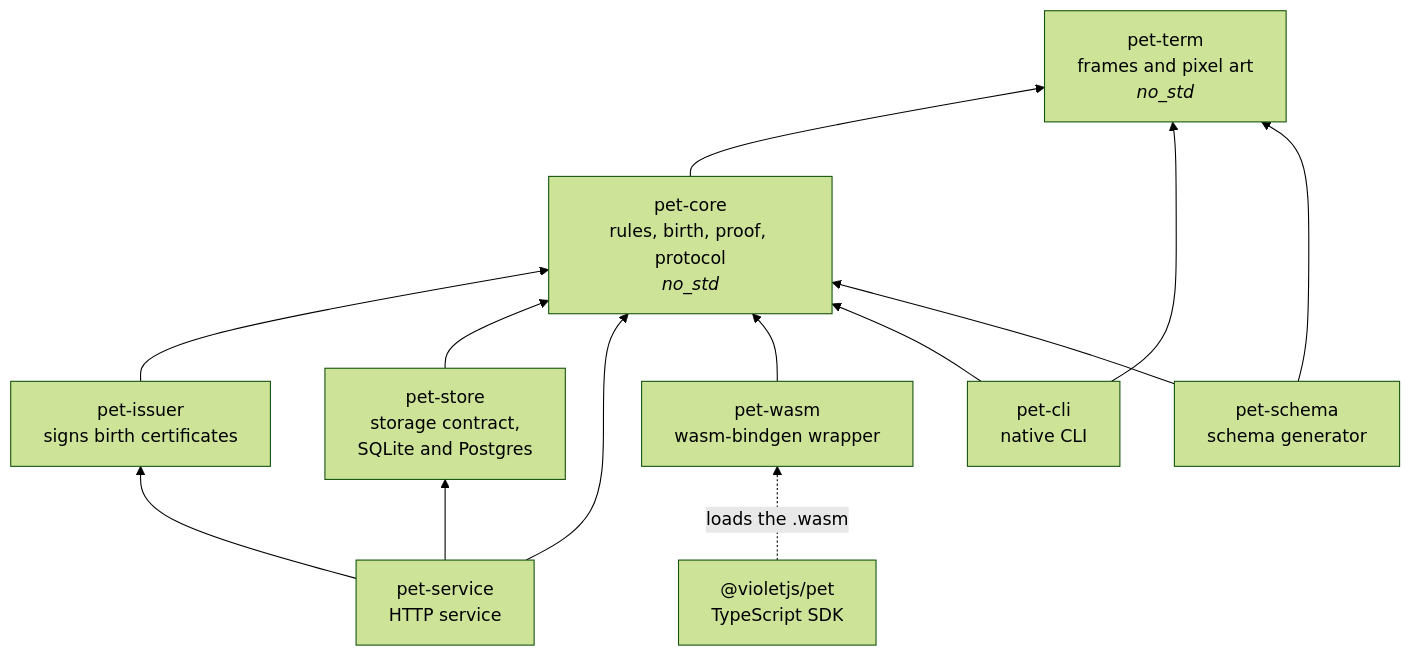
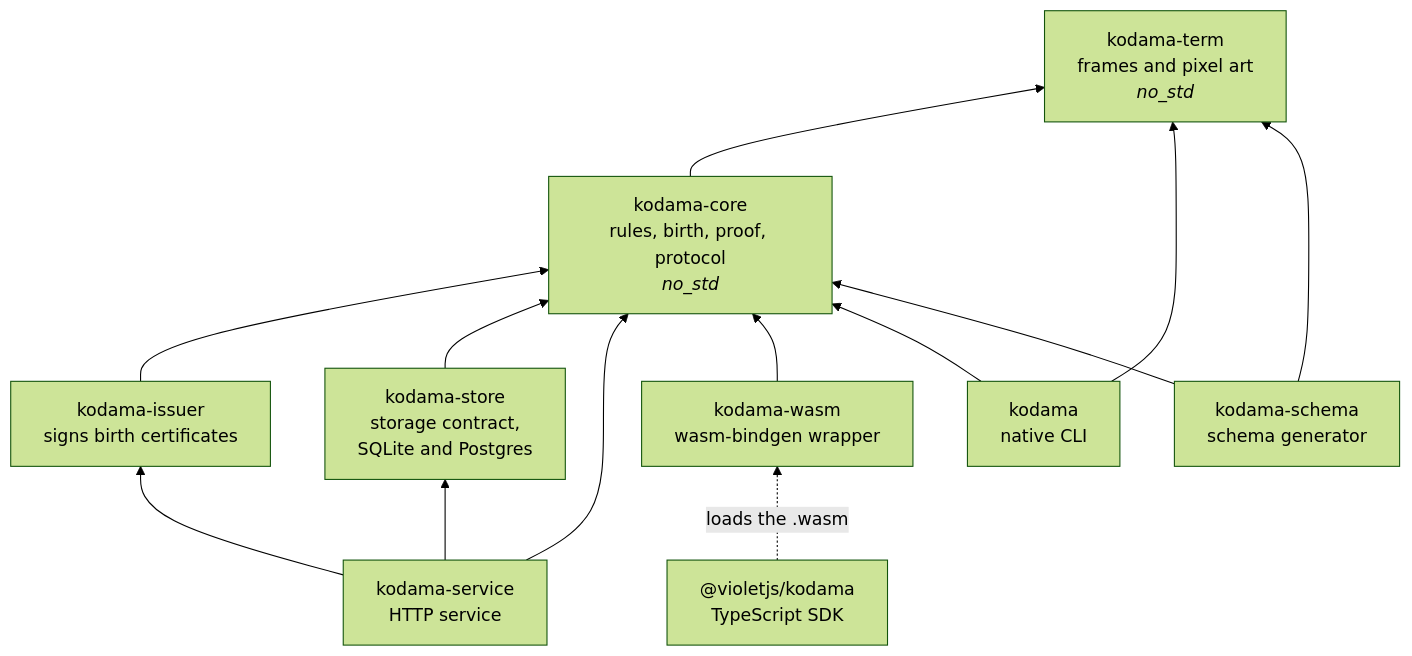
The first of 3 diagrams in docs/architecture.md (VOD-Studio/kodama), drawn with Mermaid (forest theme) before and after one commit. The commit also changed other lines of this file and 263 other files, not shown here.

First line of the commit message:
refactor!: 包名统一改为 kodama，不再使用 pet-* 前缀

````diff
--- a/docs/architecture.md
+++ b/docs/architecture.md
@@ -17,25 +17,25 @@
 ```mermaid
 flowchart BT
-  term["pet-term<br/>frames and pixel art<br/><i>no_std</i>"]
-  core["pet-core<br/>rules, birth, proof, protocol<br/><i>no_std</i>"]
-  issuer["pet-issuer<br/>signs birth certificates"]
-  store["pet-store<br/>storage contract,<br/>SQLite and Postgres"]
-  service["pet-service<br/>HTTP service"]
-  wasm["pet-wasm<br/>wasm-bindgen wrapper"]
-  cli["pet-cli<br/>native CLI"]
-  schema["pet-schema<br/>schema generator"]
-  sdk["@violetjs/pet<br/>TypeScript SDK"]
+  term["kodama-term<br/>frames and pixel art<br/><i>no_std</i>"]
+  core["kodama-core<br/>rules, birth, proof, protocol<br/><i>no_std</i>"]
+  issuer["kodama-issuer<br/>signs birth certificates"]
+  store["kodama-store<br/>storage contract,<br/>SQLite and Postgres"]
+  service["kodama-service<br/>HTTP service"]
+  wasm["kodama-wasm<br/>wasm-bindgen wrapper"]
+  cli["kodama<br/>native CLI"]
+  schema["kodama-schema<br/>schema generator"]
+  sdk["@violetjs/kodama<br/>TypeScript SDK"]
 
   core --> term
   issuer --> core
   store --> core
   service --> core
   service --> store
   service --> issuer
   wasm --> core
   cli --> core
   cli --> term
   schema --> core
   schema --> term
   sdk -. "loads the .wasm" .-> wasm
 ```
````
